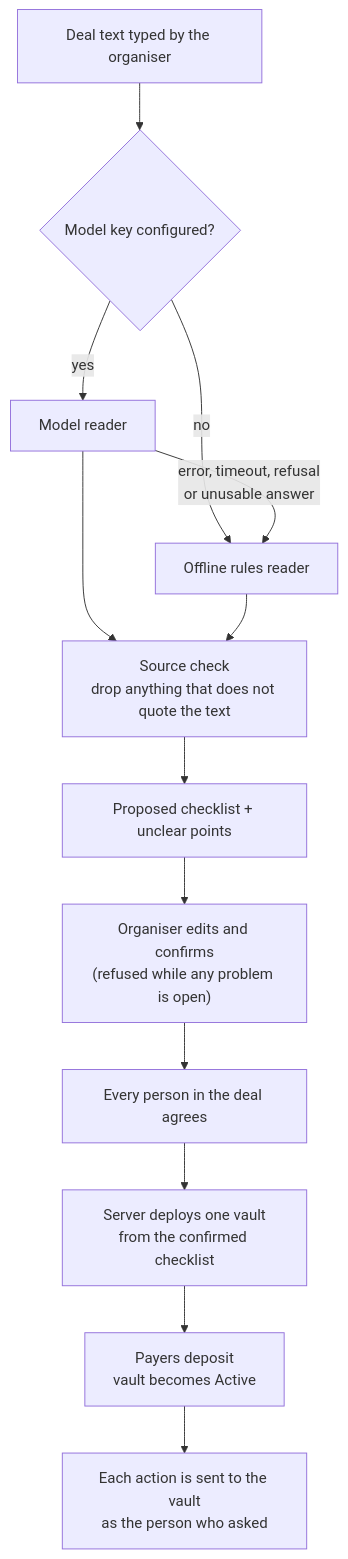
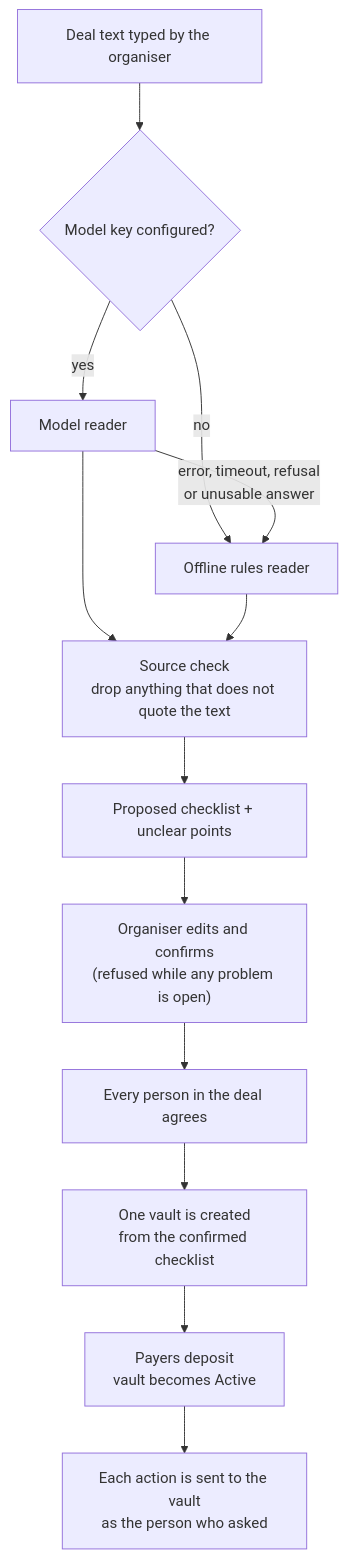
One commit to Atharvchaskar008/SETTL changed the second of 3 diagrams in readme.md. Above: the diagram before and after it, drawn with Mermaid. The commit also changed other lines of this file and 18 other files, not shown here.

````diff
--- a/readme.md
+++ b/readme.md
@@ -89,15 +92,15 @@
 ```mermaid
 flowchart TD
     A["Deal text typed by the organiser"] --> B{"Model key configured?"}
     B -- "yes" --> C["Model reader"]
     B -- "no" --> D["Offline rules reader"]
     C -- "error, timeout, refusal<br/>or unusable answer" --> D
     C --> E["Source check<br/>drop anything that does not quote the text"]
     D --> E
     E --> F["Proposed checklist + unclear points"]
     F --> G["Organiser edits and confirms<br/>(refused while any problem is open)"]
     G --> H["Every person in the deal agrees"]
-    H --> I["Server deploys one vault<br/>from the confirmed checklist"]
+    H --> I["One vault is created<br/>from the confirmed checklist"]
     I --> J["Payers deposit<br/>vault becomes Active"]
     J --> K["Each action is sent to the vault<br/>as the person who asked"]
 ```
````
